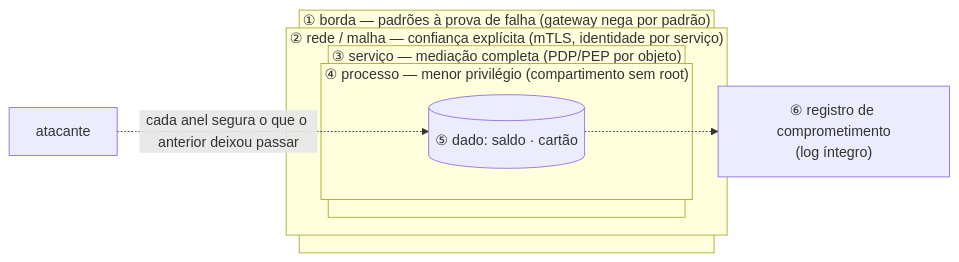
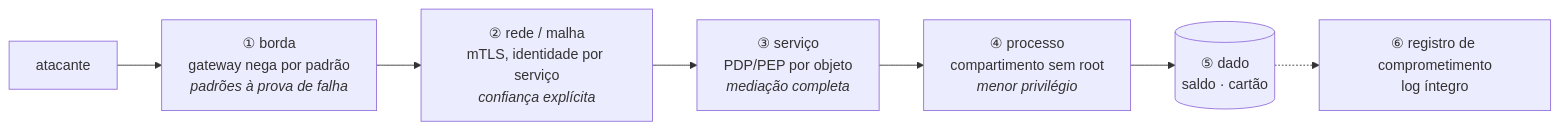
Before and after one commit to CosmIA-Lab/LAB-SDLC-IA-SEC: the diagram in 03-principios-de-arquitetura-segura/dissertacao-modelo.md, drawn with Mermaid. The commit also changed other lines of this file and 1 other file, not shown here.

Commit message:
docs: redraw the rings and three-rings figures as linear trails for legibility

````diff
--- a/03-principios-de-arquitetura-segura/dissertacao-modelo.md
+++ b/03-principios-de-arquitetura-segura/dissertacao-modelo.md
@@ -40,14 +40,5 @@
 ```mermaid
 flowchart LR
-    subgraph A1["① borda — padrões à prova de falha (gateway nega por padrão)"]
-        subgraph A2["② rede / malha — confiança explícita (mTLS, identidade por serviço)"]
-            subgraph A3["③ serviço — mediação completa (PDP/PEP por objeto)"]
-                subgraph A4["④ processo — menor privilégio (compartimento sem root)"]
-                    D[("⑤ dado: saldo · cartão")]
-                end
-            end
-        end
-    end
-    AT["atacante"] -. "cada anel segura o que o anterior deixou passar" .-> D
-    D -.-> LOG["⑥ registro de comprometimento<br/>(log íntegro)"]
+    AT["atacante"] --> A1["① borda<br/>gateway nega por padrão<br/><i>padrões à prova de falha</i>"] --> A2["② rede / malha<br/>mTLS, identidade por serviço<br/><i>confiança explícita</i>"] --> A3["③ serviço<br/>PDP/PEP por objeto<br/><i>mediação completa</i>"] --> A4["④ processo<br/>compartimento sem root<br/><i>menor privilégio</i>"] --> D[("⑤ dado<br/>saldo · cartão")]
+    D -.-> LOG["⑥ registro de comprometimento<br/>log íntegro"]
 ```
````
